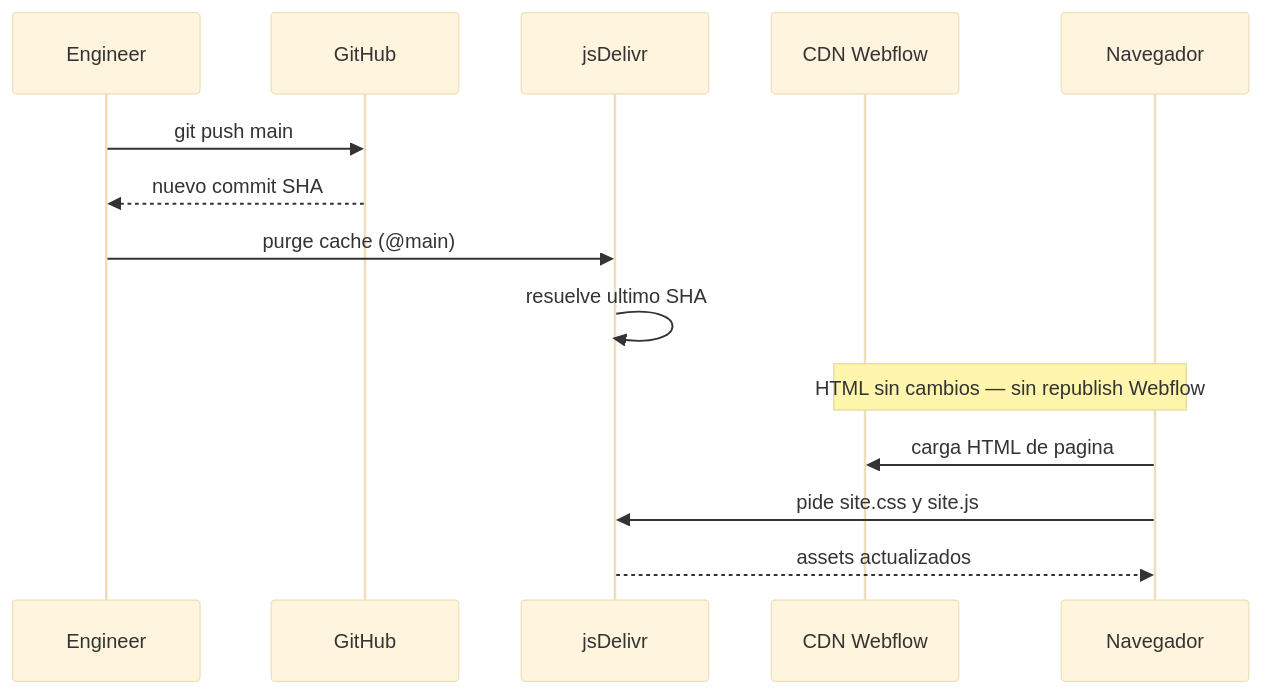
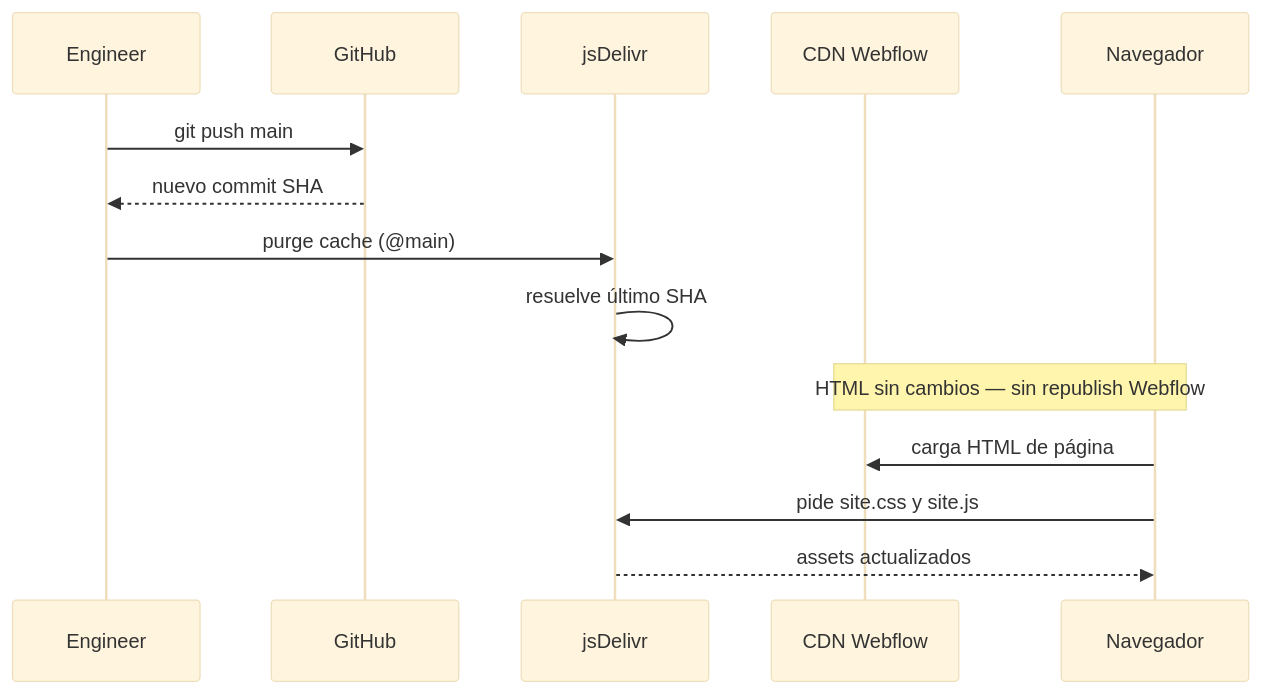
Before and after one commit to karenrebecag/Portfolio2026: the second of 2 diagrams in apps/web/src/content/projects/atom-webflow-es.md, drawn with Mermaid (base theme). The commit also changed other lines of this file and 33 other files, not shown here.

````diff
--- a/apps/web/src/content/projects/atom-webflow-es.md
+++ b/apps/web/src/content/projects/atom-webflow-es.md
@@ -88,17 +126,17 @@
 ```mermaid Pipeline de deploy
 sequenceDiagram
   participant Eng as Engineer
   participant GH as GitHub
   participant JD as jsDelivr
   participant WF as CDN Webflow
   participant Browser as Navegador
 
   Eng->>GH: git push main
   GH-->>Eng: nuevo commit SHA
   Eng->>JD: purge cache (@main)
-  JD->>JD: resuelve ultimo SHA
+  JD->>JD: resuelve último SHA
   Note over WF,Browser: HTML sin cambios — sin republish Webflow
-  Browser->>WF: carga HTML de pagina
+  Browser->>WF: carga HTML de página
   Browser->>JD: pide site.css y site.js
   JD-->>Browser: assets actualizados
 ```
````
